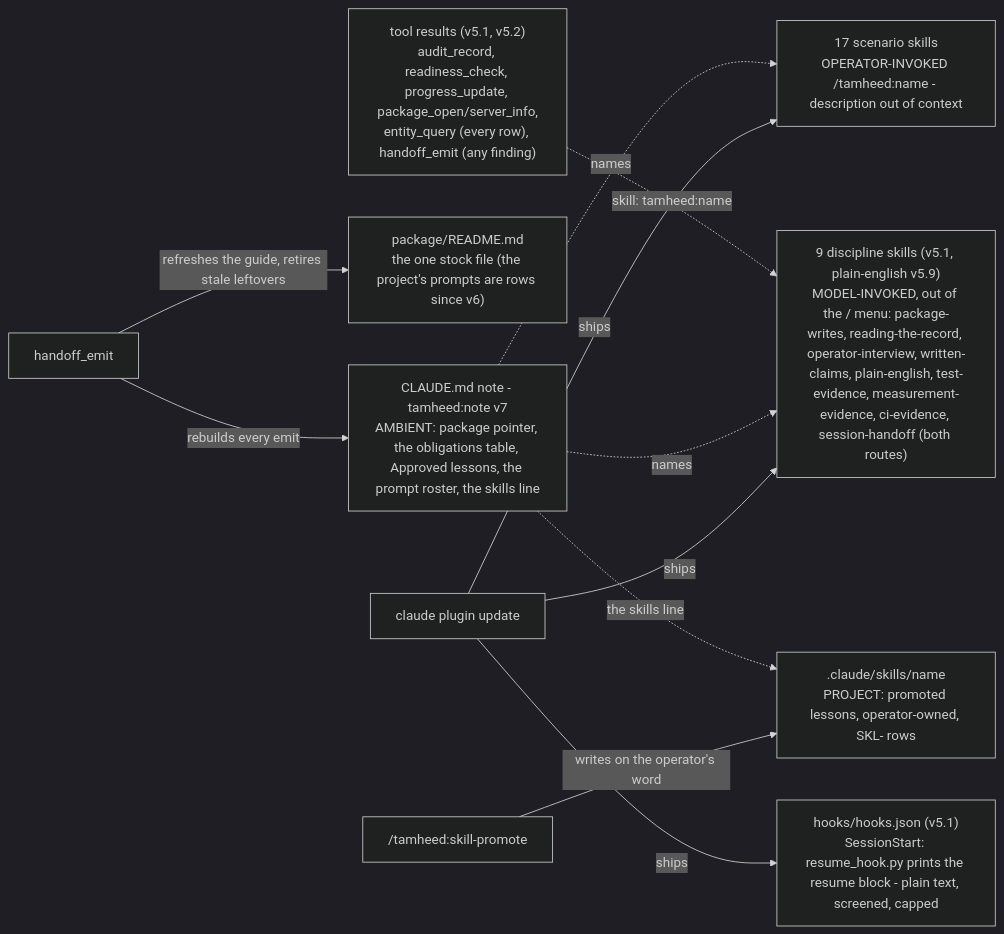
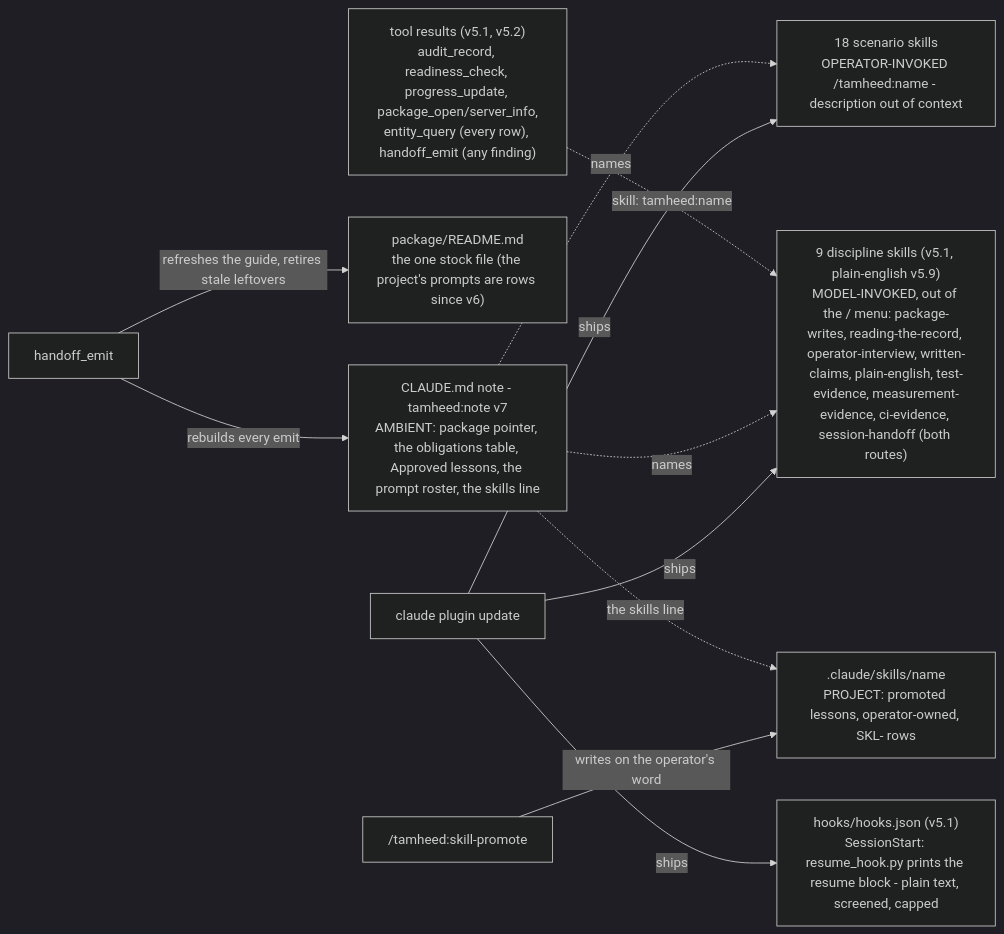
Before and after one commit to A-H-911/tamheed: the third of 5 diagrams in docs/architecture.md, drawn with Mermaid (dark theme). The commit also changed other lines of this file and 32 other files, not shown here.

````diff
--- a/docs/architecture.md
+++ b/docs/architecture.md
@@ -222,13 +222,13 @@
 ```mermaid
 flowchart LR
     EMIT[handoff_emit] -->|rebuilds every emit| NOTE["CLAUDE.md note - tamheed:note v7<br/>AMBIENT: package pointer, the obligations table, Approved lessons, the prompt roster, the skills line"]
     EMIT -->|refreshes the guide, retires stale leftovers| GUIDE["package/README.md<br/>the one stock file (the project's prompts are rows since v6)"]
     UPD[claude plugin update] -->|ships| DISC["9 discipline skills (v5.1, plain-english v5.9)<br/>MODEL-INVOKED, out of the / menu: package-writes, reading-the-record, operator-interview, written-claims, plain-english, test-evidence, measurement-evidence, ci-evidence, session-handoff (both routes)"]
-    UPD -->|ships| SCEN["17 scenario skills<br/>OPERATOR-INVOKED /tamheed:name - description out of context"]
+    UPD -->|ships| SCEN["18 scenario skills<br/>OPERATOR-INVOKED /tamheed:name - description out of context"]
     UPD -->|ships| HOOK["hooks/hooks.json (v5.1)<br/>SessionStart: resume_hook.py prints the resume block - plain text, screened, capped"]
     PROMO["/tamheed:skill-promote"] -->|writes on the operator's word| PROJ[".claude/skills/name<br/>PROJECT: promoted lessons, operator-owned, SKL- rows"]
     NOTE -.->|names| DISC
     NOTE -.->|names| SCEN
     NOTE -.->|the skills line| PROJ
     RES["tool results (v5.1, v5.2)<br/>audit_record, readiness_check, progress_update, package_open/server_info,<br/>entity_query (every row), handoff_emit (any finding)"] -.->|"skill: tamheed:name"| DISC
 ```
````
